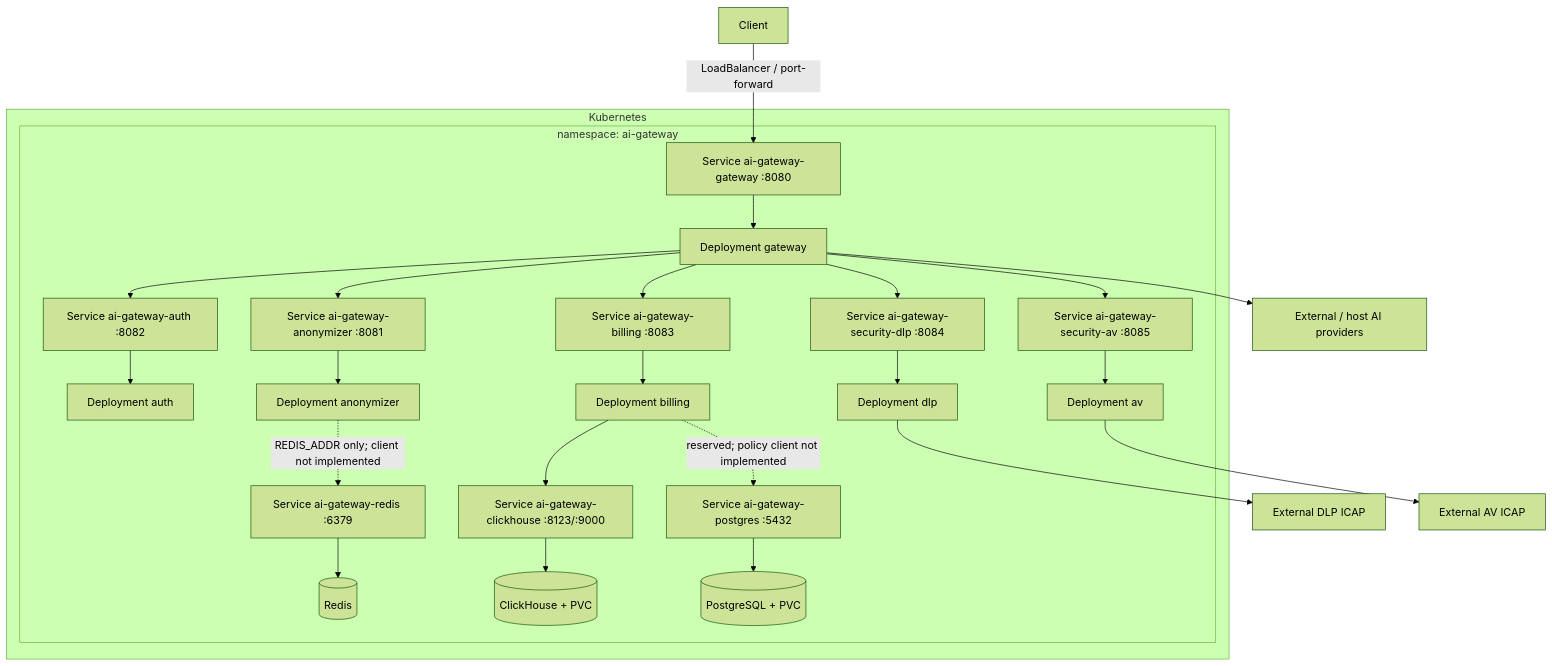
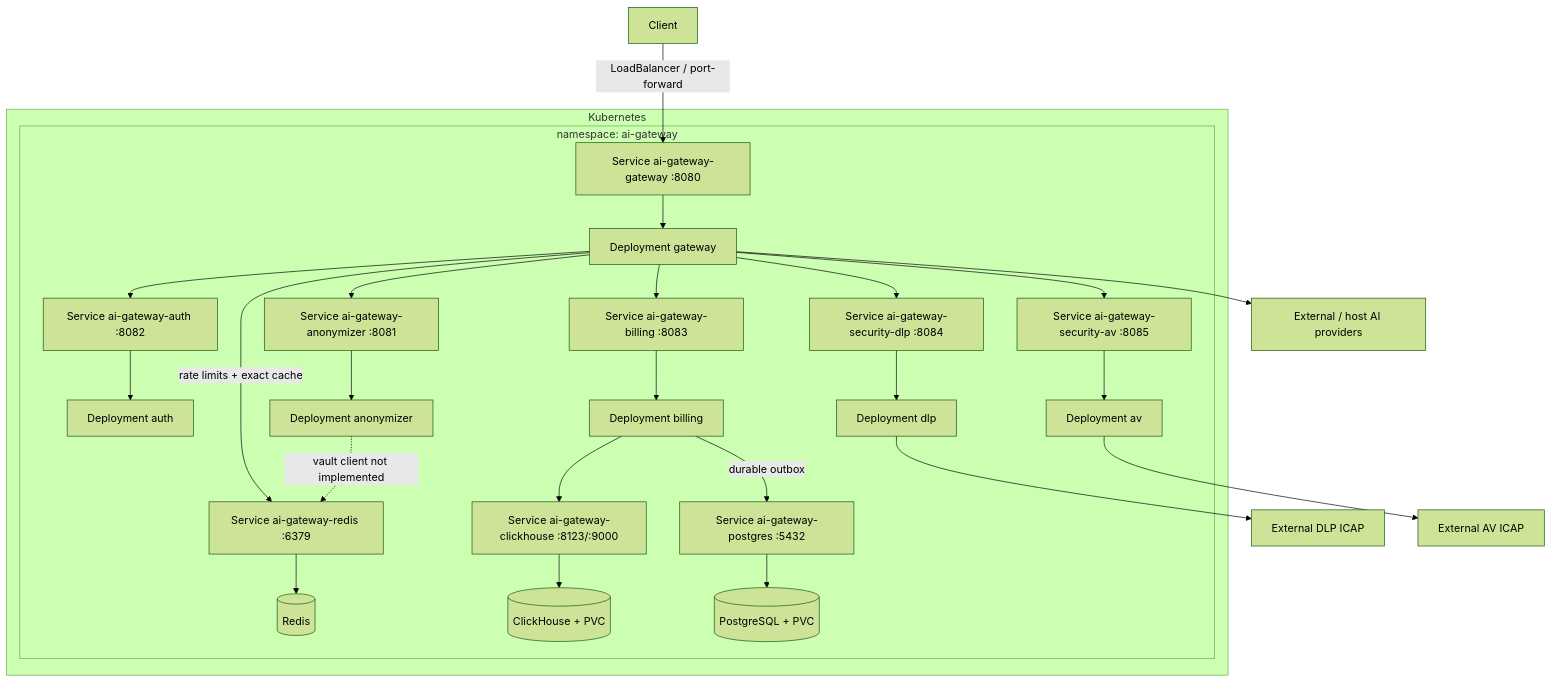
One commit to NEODjazz/ai-gateway changed the fourth of 4 diagrams in docs/architecture.md. Above: the diagram before and after it, drawn with Mermaid (forest theme). The commit also changed other lines of this file and 88 other files, not shown here.

````diff
--- a/docs/architecture.md
+++ b/docs/architecture.md
@@ -211,30 +221,31 @@
 ```mermaid
 flowchart TB
     User["Client"] -->|"LoadBalancer / port-forward"| GwSvc
 
     subgraph K8s["Kubernetes"]
         subgraph NS["namespace: ai-gateway"]
             GwSvc["Service ai-gateway-gateway :8080"] --> Gw["Deployment gateway"]
             AuthSvc["Service ai-gateway-auth :8082"] --> Auth["Deployment auth"]
             AnonSvc["Service ai-gateway-anonymizer :8081"] --> Anon["Deployment anonymizer"]
             BillingSvc["Service ai-gateway-billing :8083"] --> Billing["Deployment billing"]
             DlpSvc["Service ai-gateway-security-dlp :8084"] --> DLP["Deployment dlp"]
             AvSvc["Service ai-gateway-security-av :8085"] --> AV["Deployment av"]
             RedisSvc["Service ai-gateway-redis :6379"] --> Redis[("Redis")]
             ChSvc["Service ai-gateway-clickhouse :8123/:9000"] --> CH[("ClickHouse + PVC")]
             PgSvc["Service ai-gateway-postgres :5432"] --> PG[("PostgreSQL + PVC")]
         end
     end
 
     Gw --> AuthSvc
     Gw --> AnonSvc
     Gw --> BillingSvc
     Gw --> DlpSvc
     Gw --> AvSvc
     Billing --> ChSvc
-    Anon -. "REDIS_ADDR only; client not implemented" .-> RedisSvc
-    Billing -. "reserved; policy client not implemented" .-> PgSvc
+    Gw -->|"rate limits + exact cache"| RedisSvc
+    Billing -->|"durable outbox"| PgSvc
+    Anon -. "vault client not implemented" .-> RedisSvc
     DLP --> DlpIcap["External DLP ICAP"]
     AV --> AvIcap["External AV ICAP"]
     Gw --> Providers["External / host AI providers"]
 ```
````
